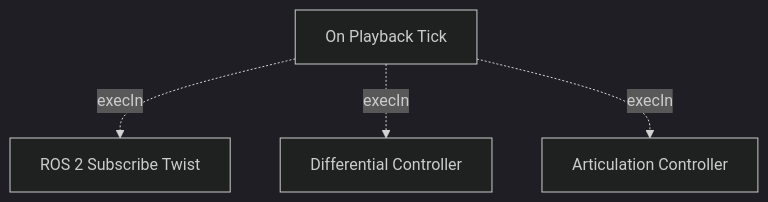
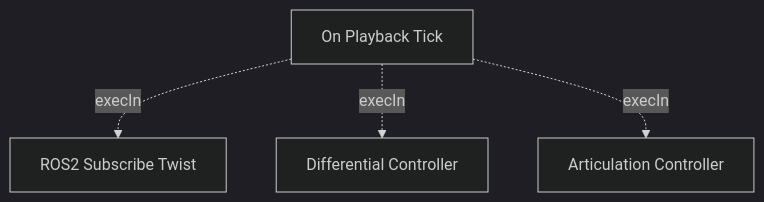
One commit to Tatwik19/Tatwik19.github.io changed the fifth of 14 diagrams in _teaching/Robotics-Systems-I/labs/lab-03-isaac-sim/index.md. Above: the diagram before and after it, drawn with Mermaid (dark theme). The commit also changed other lines of this file, not shown here.

````diff
--- a/_teaching/Robotics-Systems-I/labs/lab-03-isaac-sim/index.md
+++ b/_teaching/Robotics-Systems-I/labs/lab-03-isaac-sim/index.md
@@ -1008,6 +1023,6 @@
 ```mermaid
 flowchart TD
-    Tick["On Playback Tick"] -.->|"execIn"| Sub["ROS 2 Subscribe Twist"]
+    Tick["On Playback Tick"] -.->|"execIn"| Sub["ROS2 Subscribe Twist"]
     Tick -.->|"execIn"| Diff["Differential Controller"]
     Tick -.->|"execIn"| Art["Articulation Controller"]
 ```
````
